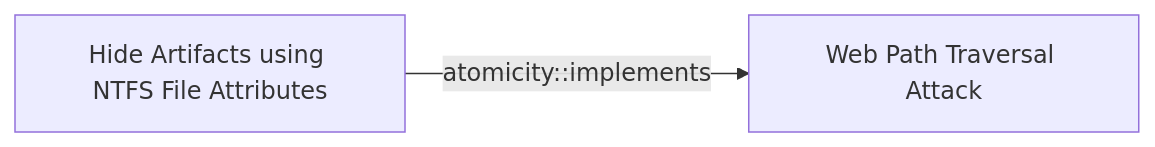
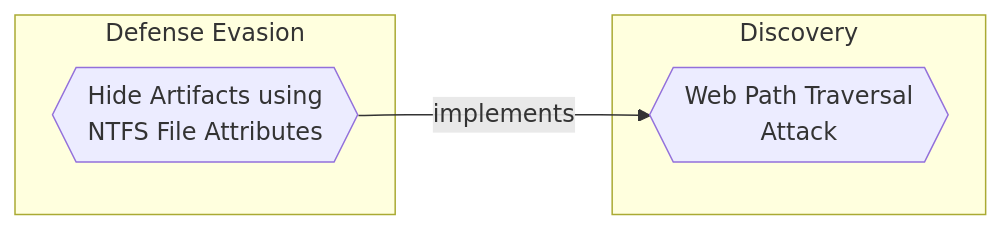
Before and after one commit to opentidehq/library: the diagram in docs/threats/hide-artifacts-using-ntfs-file-attributes.md, drawn with Mermaid. The commit also changed other lines of this file and 540 other files, not shown here.

````diff
--- a/docs/threats/hide-artifacts-using-ntfs-file-attributes.md
+++ b/docs/threats/hide-artifacts-using-ntfs-file-attributes.md
@@ -93,6 +96,10 @@
 ```mermaid
 flowchart LR
-d15bff6c_b902_4975_ad3a_7a18f3026aca["Hide Artifacts using NTFS File Attributes"]
-b330d3a8_1783_4210_9fec_11e6ecfe135e["Web Path Traversal Attack"]
-d15bff6c_b902_4975_ad3a_7a18f3026aca -->|atomicity::implements| b330d3a8_1783_4210_9fec_11e6ecfe135e
+subgraph "Defense Evasion"
+d15bff6c_b902_4975_ad3a_7a18f3026aca{{"Hide Artifacts using<br>NTFS File Attributes"}}
+end
+subgraph "Discovery"
+b330d3a8_1783_4210_9fec_11e6ecfe135e{{"Web Path Traversal<br>Attack"}}
+end
+d15bff6c_b902_4975_ad3a_7a18f3026aca -->|implements| b330d3a8_1783_4210_9fec_11e6ecfe135e
 ```
````
